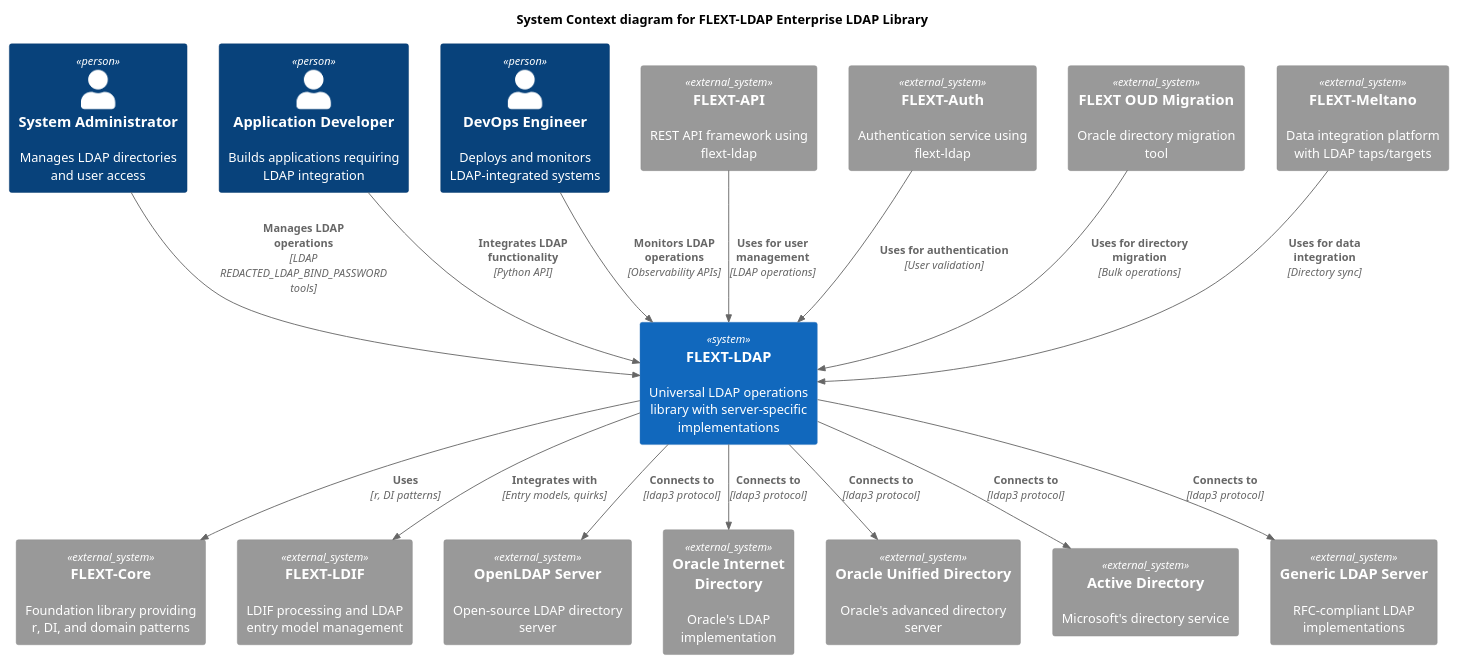
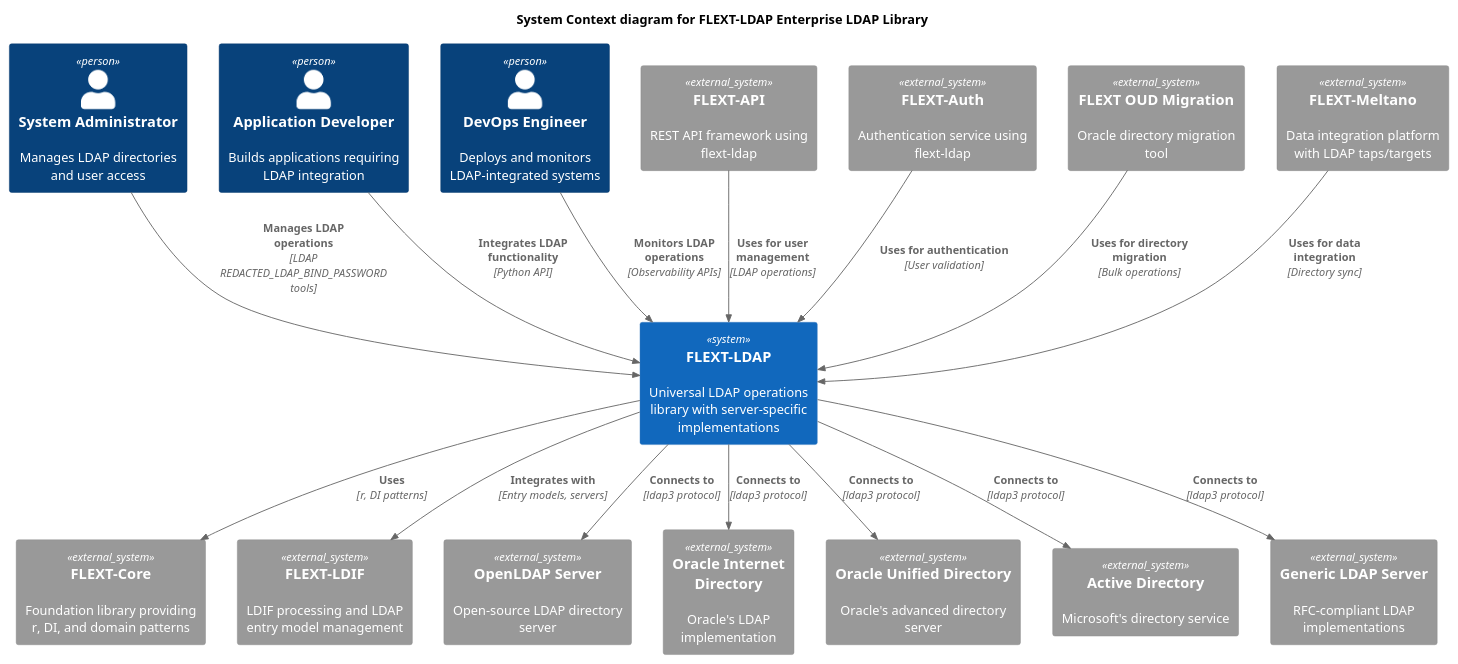
The diagram in docs/architecture/diagrams/c4-system-context.puml (flext-sh/flext-ldap), drawn with PlantUML before and after one commit. The commit also changed 22 other files, not shown here.

```diff
--- a/docs/architecture/diagrams/c4-system-context.puml
+++ b/docs/architecture/diagrams/c4-system-context.puml
@@ -1,44 +1,44 @@
 @startuml FLEXT-LDAP System Context
 !include https://raw.githubusercontent.com/plantuml-stdlib/C4-PlantUML/master/C4_Context.puml
 
 title System Context diagram for FLEXT-LDAP Enterprise LDAP Library
 
 Person(REDACTED_LDAP_BIND_PASSWORD, "System Administrator", "Manages LDAP directories and user access")
 Person(developer, "Application Developer", "Builds applications requiring LDAP integration")
 Person(operator, "DevOps Engineer", "Deploys and monitors LDAP-integrated systems")
 
 System(flext_ldap, "FLEXT-LDAP", "Universal LDAP operations library with server-specific implementations")
 
 System_Ext(flext_core, "FLEXT-Core", "Foundation library providing r, DI, and domain patterns")
 System_Ext(flext_ldif, "FLEXT-LDIF", "LDIF processing and LDAP entry model management")
 
 System_Ext(openldap, "OpenLDAP Server", "Open-source LDAP directory server")
 System_Ext(oracle_oid, "Oracle Internet Directory", "Oracle's LDAP implementation")
 System_Ext(oracle_oud, "Oracle Unified Directory", "Oracle's advanced directory server")
 System_Ext(active_directory, "Active Directory", "Microsoft's directory service")
 System_Ext(generic_ldap, "Generic LDAP Server", "RFC-compliant LDAP implementations")
 
 System_Ext(flext_api, "FLEXT-API", "REST API framework using flext-ldap")
 System_Ext(flext_auth, "FLEXT-Auth", "Authentication service using flext-ldap")
 System_Ext(flext_migration, "FLEXT OUD Migration", "Oracle directory migration tool")
 System_Ext(flext_meltano, "FLEXT-Meltano", "Data integration platform with LDAP taps/targets")
 
 Rel(REDACTED_LDAP_BIND_PASSWORD, flext_ldap, "Manages LDAP operations", "LDAP REDACTED_LDAP_BIND_PASSWORD tools")
 Rel(developer, flext_ldap, "Integrates LDAP functionality", "Python API")
 Rel(operator, flext_ldap, "Monitors LDAP operations", "Observability APIs")
 
 Rel(flext_ldap, flext_core, "Uses", "r, DI patterns")
-Rel(flext_ldap, flext_ldif, "Integrates with", "Entry models, quirks")
+Rel(flext_ldap, flext_ldif, "Integrates with", "Entry models, servers")
 
 Rel(flext_ldap, openldap, "Connects to", "ldap3 protocol")
 Rel(flext_ldap, oracle_oid, "Connects to", "ldap3 protocol")
 Rel(flext_ldap, oracle_oud, "Connects to", "ldap3 protocol")
 Rel(flext_ldap, active_directory, "Connects to", "ldap3 protocol")
 Rel(flext_ldap, generic_ldap, "Connects to", "ldap3 protocol")
 
 Rel(flext_api, flext_ldap, "Uses for user management", "LDAP operations")
 Rel(flext_auth, flext_ldap, "Uses for authentication", "User validation")
 Rel(flext_migration, flext_ldap, "Uses for directory migration", "Bulk operations")
 Rel(flext_meltano, flext_ldap, "Uses for data integration", "Directory sync")
 
 @enduml
```
